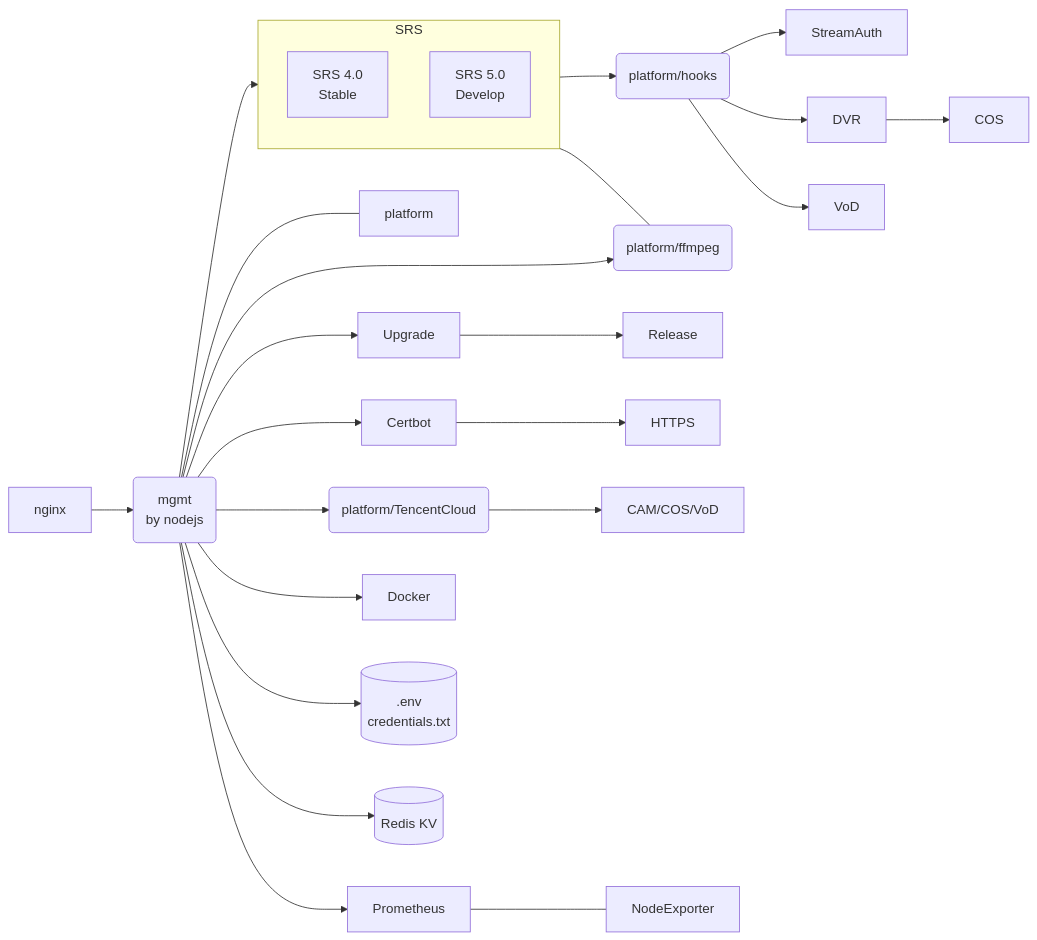
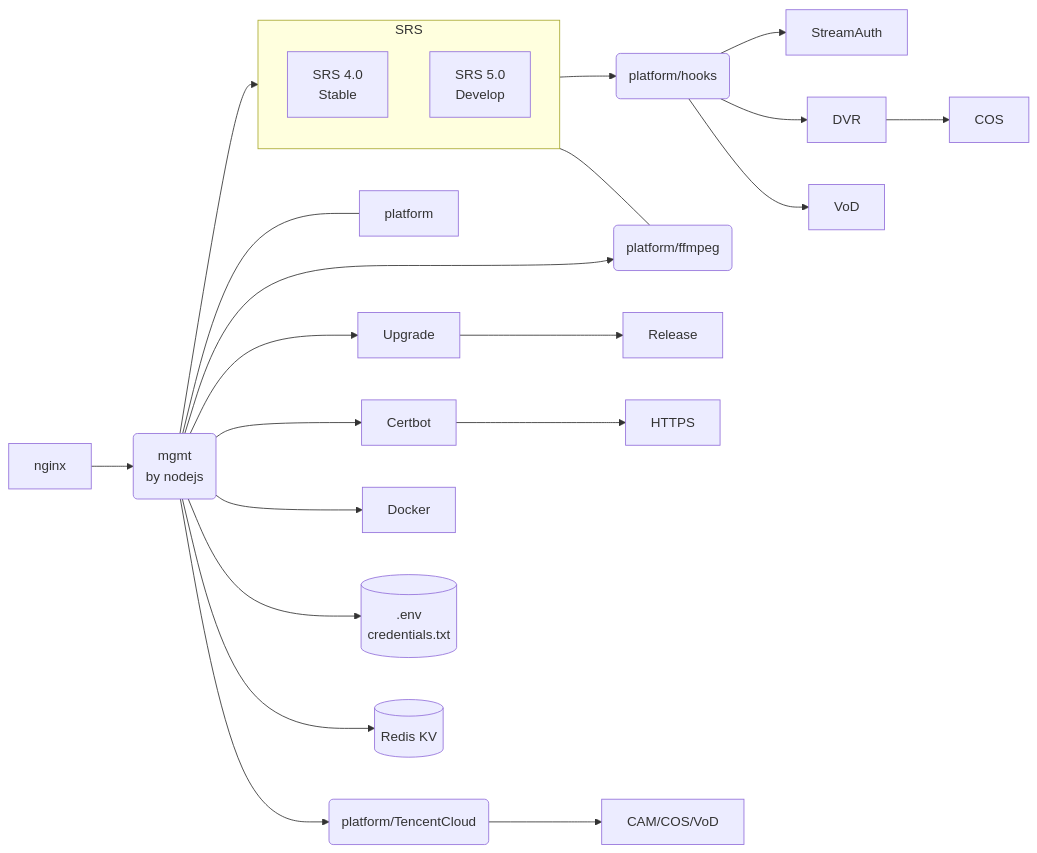
Before and after one commit to ossrs/oryx: the first of 2 diagrams in README.md, drawn with Mermaid. The commit also changed other lines of this file and 17 other files, not shown here.

Commit message:
Go: Remove prometheus and node-exporter images.

````diff
--- a/README.md
+++ b/README.md
@@ -29,20 +29,19 @@
 ```mermaid
 flowchart LR;
   nginx --> mgmt(mgmt<br/>by nodejs);
   subgraph SRS;
     SRSR[SRS 4.0<br/>Stable];
     SRSD[SRS 5.0<br/>Develop];
   end
   mgmt --> SRS --> Hooks(platform/hooks) --> StreamAuth & DVR & VoD;
   DVR --> COS;
   mgmt --> FFmpeg(platform/ffmpeg);
   mgmt --- platform;
   SRS --- FFmpeg(platform/ffmpeg);
   mgmt --> Upgrade --> Release;
   mgmt --> Certbot --> HTTPS;
   mgmt --> TencentCloud(platform/TencentCloud) --> CAM[CAM/COS/VoD];
-  mgmt --> Prometheus --- NodeExporter;
   mgmt --> Docker;
   mgmt --> Env[(.env<br/>credentials.txt)];
   mgmt --> Redis[(Redis KV)];
 ```
````
